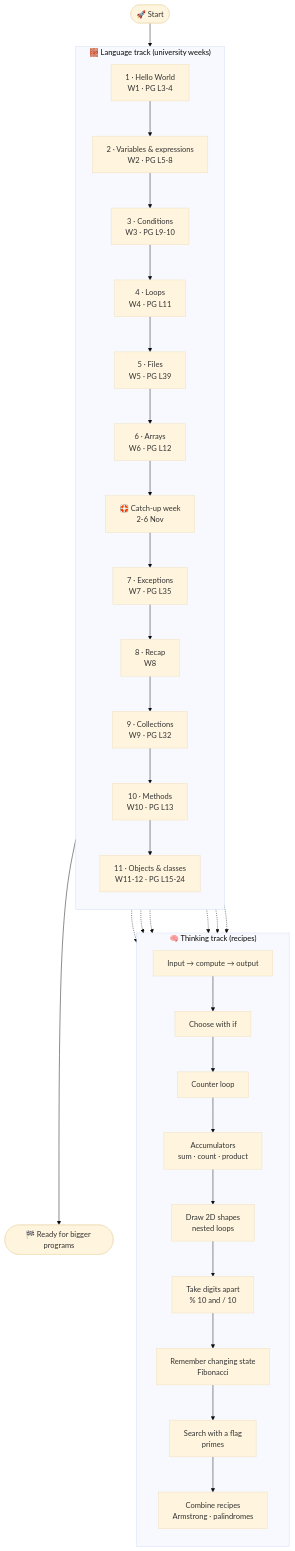
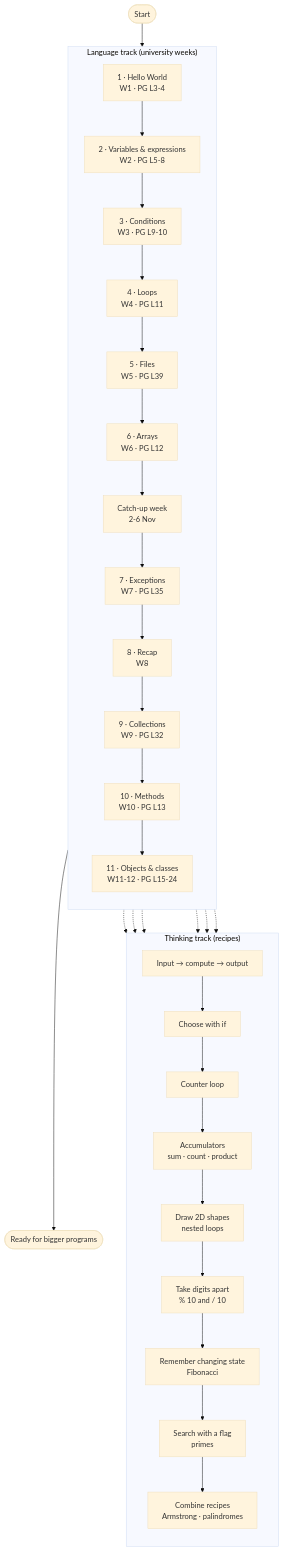
Before and after one commit to lfarci/csharp-programming-fundamentals: the first of 5 diagrams in ROADMAP.md, drawn with Mermaid (base theme). The commit also changed other lines of this file and 242 other files, not shown here.

````diff
--- a/ROADMAP.md
+++ b/ROADMAP.md
@@ -21,38 +21,38 @@
 ```mermaid
 flowchart TD
     accTitle: The path at a glance
     accDescr: Two tracks side by side. The language track follows the university weeks: Hello World, variables, conditions, loops, files, arrays, a catch-up week, exceptions, recap, collections, methods, objects. The thinking track lists the recipes in order: input and output, if, counter loop, accumulators, 2D shapes, digits, changing state, search with a flag, combining recipes. Dotted arrows show which language step makes each recipe possible.
-    S(["🚀 Start"]) --> B1
-    subgraph LANG["🧱 Language track (university weeks)"]
+    S(["Start"]) --> B1
+    subgraph LANG["Language track (university weeks)"]
         direction TB
         B1["1 · Hello World<br/>W1 · PG L3-4"] --> B2["2 · Variables & expressions<br/>W2 · PG L5-8"]
         B2 --> B3["3 · Conditions<br/>W3 · PG L9-10"]
         B3 --> B4["4 · Loops<br/>W4 · PG L11"]
         B4 --> B5["5 · Files<br/>W5 · PG L39"]
         B5 --> B6["6 · Arrays<br/>W6 · PG L12"]
-        B6 --> CU["🛟 Catch-up week<br/>2-6 Nov"]
+        B6 --> CU["Catch-up week<br/>2-6 Nov"]
         CU --> B7["7 · Exceptions<br/>W7 · PG L35"]
         B7 --> B8["8 · Recap<br/>W8"]
         B8 --> B9["9 · Collections<br/>W9 · PG L32"]
         B9 --> B10["10 · Methods<br/>W10 · PG L13"]
         B10 --> B11["11 · Objects & classes<br/>W11-12 · PG L15-24"]
     end
-    subgraph THINK["🧠 Thinking track (recipes)"]
+    subgraph THINK["Thinking track (recipes)"]
         direction TB
         T1["Input → compute → output"] --> T2["Choose with if"]
         T2 --> T3["Counter loop"]
         T3 --> T4["Accumulators<br/>sum · count · product"]
         T4 --> T5["Draw 2D shapes<br/>nested loops"]
         T5 --> T6["Take digits apart<br/>% 10 and / 10"]
         T6 --> T7["Remember changing state<br/>Fibonacci"]
         T7 --> T8["Search with a flag<br/>primes"]
         T8 --> T9["Combine recipes<br/>Armstrong · palindromes"]
     end
     B1 -.-> T1
     B3 -.-> T2
     B4 -.-> T3
     B4 -.-> T4
     B6 -.-> T8
     CU -.-> T9
-    B11 --> E(["🏁 Ready for bigger programs"])
+    B11 --> E(["Ready for bigger programs"])
 ```
````
